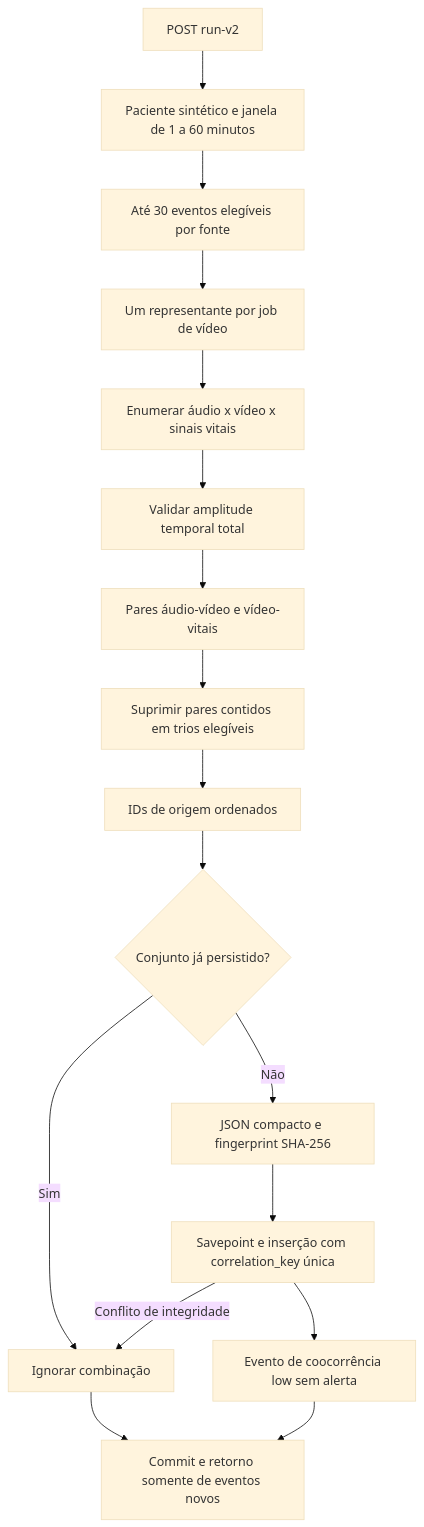
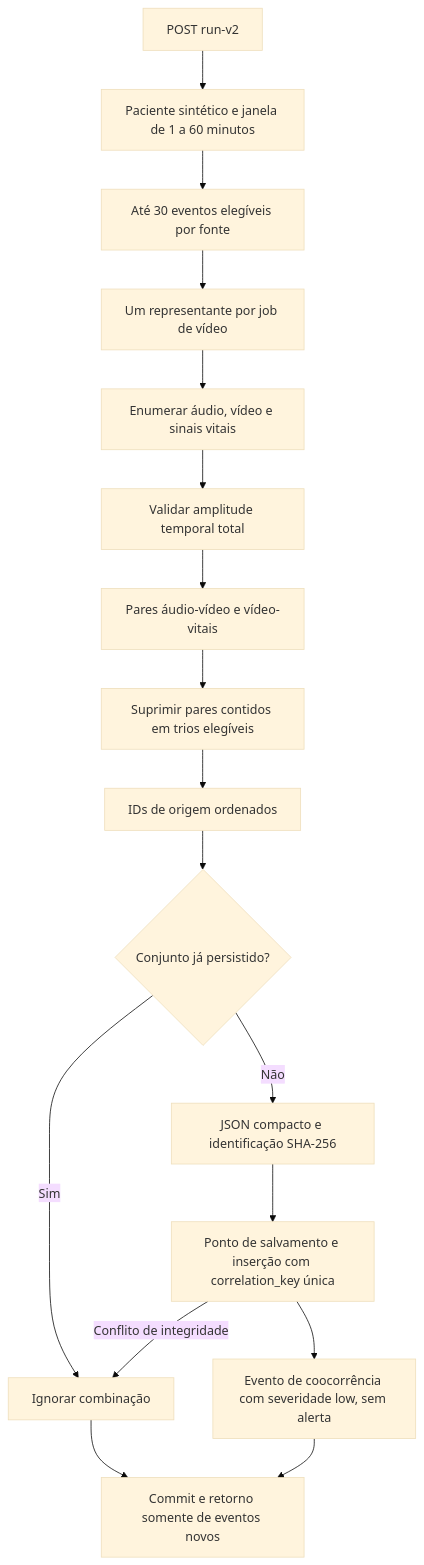
The sixth of 10 diagrams in docs/DIAGRAMS.md (mo1sess/tech-challenge-fiap-fase-4), drawn with Mermaid (base theme) before and after one commit. The commit also changed other lines of this file and 61 other files, not shown here.

````diff
--- a/docs/DIAGRAMS.md
+++ b/docs/DIAGRAMS.md
@@ -113,19 +118,19 @@
 ```mermaid
 flowchart TD
     RUN[POST run-v2] --> CHECK[Paciente sintético e janela de 1 a 60 minutos]
     CHECK --> LOAD[Até 30 eventos elegíveis por fonte]
     LOAD --> DEDUP[Um representante por job de vídeo]
-    DEDUP --> TRIPLE[Enumerar áudio x vídeo x sinais vitais]
+    DEDUP --> TRIPLE[Enumerar áudio, vídeo e sinais vitais]
     TRIPLE --> WIN[Validar amplitude temporal total]
     WIN --> PAIR[Pares áudio-vídeo e vídeo-vitais]
     PAIR --> PRIOR[Suprimir pares contidos em trios elegíveis]
     PRIOR --> IDS[IDs de origem ordenados]
     IDS --> OLD{Conjunto já persistido?}
     OLD -->|Sim| SKIP[Ignorar combinação]
-    OLD -->|Não| HASH[JSON compacto e fingerprint SHA-256]
-    HASH --> INSERT[Savepoint e inserção com correlation_key única]
+    OLD -->|Não| HASH[JSON compacto e identificação SHA-256]
+    HASH --> INSERT[Ponto de salvamento e inserção com correlation_key única]
     INSERT -->|Conflito de integridade| SKIP
-    INSERT --> NEW[Evento de coocorrência low sem alerta]
+    INSERT --> NEW[Evento de coocorrência com severidade low, sem alerta]
     SKIP --> FIN[Commit e retorno somente de eventos novos]
     NEW --> FIN
 ```
````
